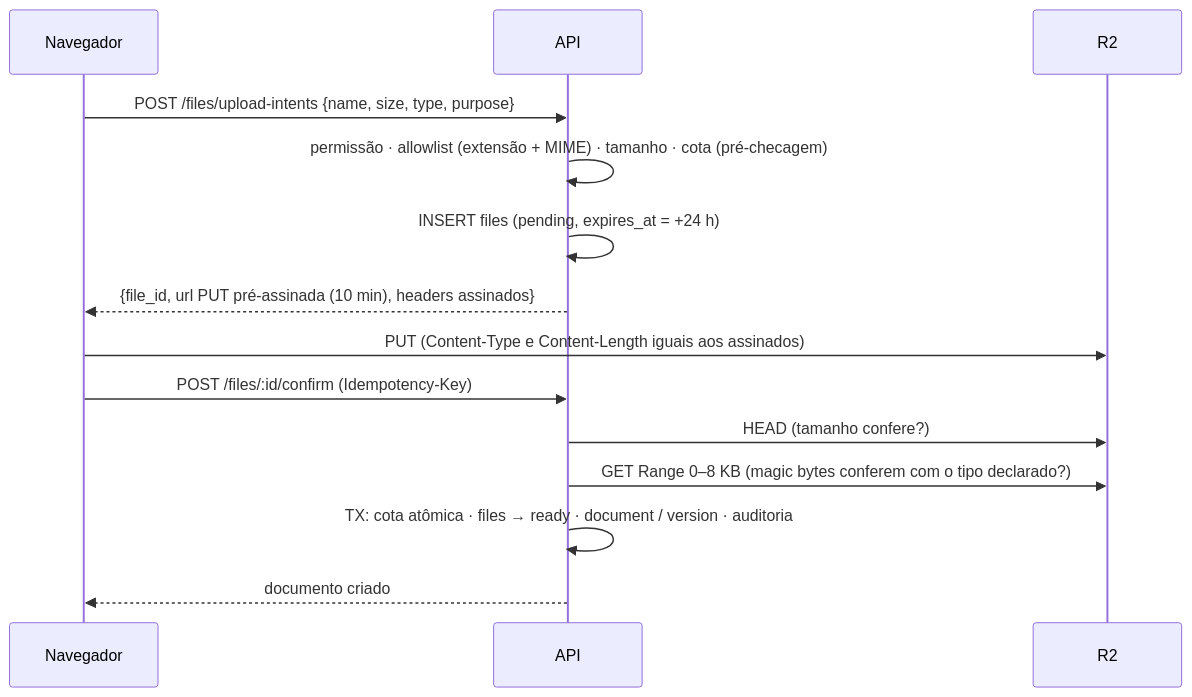
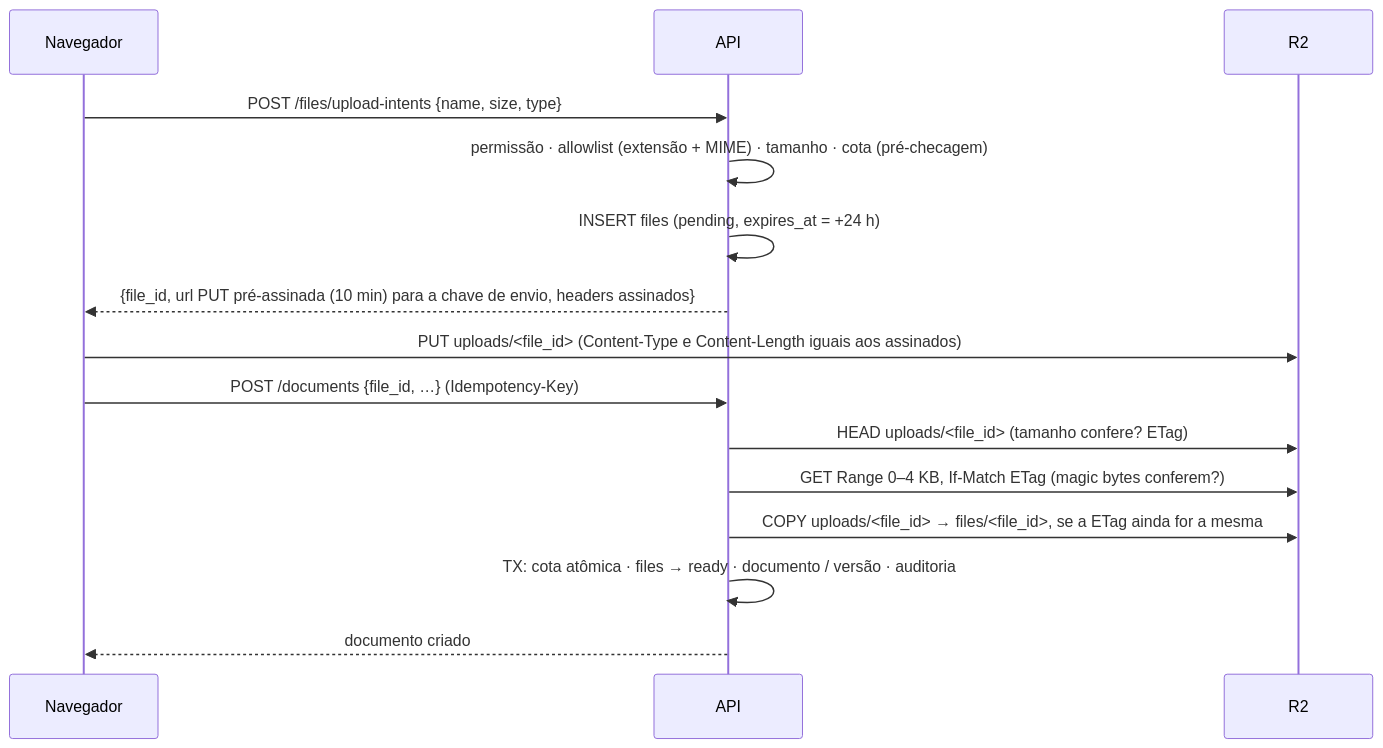
The second of 4 diagrams in docs/ARCHITECTURE.md (Juanzev/zevsnexus), drawn with Mermaid before and after one commit. The commit also changed other lines of this file and 6 other files, not shown here.

````diff
--- a/docs/ARCHITECTURE.md
+++ b/docs/ARCHITECTURE.md
@@ -126,16 +126,17 @@
 ```mermaid
 sequenceDiagram
   participant B as Navegador
   participant A as API
   participant S as R2
-  B->>A: POST /files/upload-intents {name, size, type, purpose}
+  B->>A: POST /files/upload-intents {name, size, type}
   A->>A: permissão · allowlist (extensão + MIME) · tamanho · cota (pré-checagem)
   A->>A: INSERT files (pending, expires_at = +24 h)
-  A-->>B: {file_id, url PUT pré-assinada (10 min), headers assinados}
-  B->>S: PUT (Content-Type e Content-Length iguais aos assinados)
-  B->>A: POST /files/:id/confirm (Idempotency-Key)
-  A->>S: HEAD (tamanho confere?)
-  A->>S: GET Range 0–8 KB (magic bytes conferem com o tipo declarado?)
-  A->>A: TX: cota atômica · files → ready · document / version · auditoria
+  A-->>B: {file_id, url PUT pré-assinada (10 min) para a chave de envio, headers assinados}
+  B->>S: PUT uploads/<file_id> (Content-Type e Content-Length iguais aos assinados)
+  B->>A: POST /documents {file_id, …} (Idempotency-Key)
+  A->>S: HEAD uploads/<file_id> (tamanho confere? ETag)
+  A->>S: GET Range 0–4 KB, If-Match ETag (magic bytes conferem?)
+  A->>S: COPY uploads/<file_id> → files/<file_id>, se a ETag ainda for a mesma
+  A->>A: TX: cota atômica · files → ready · documento / versão · auditoria
   A-->>B: documento criado
 ```
````
